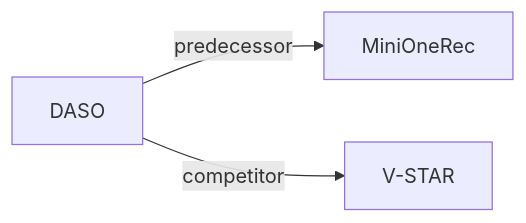
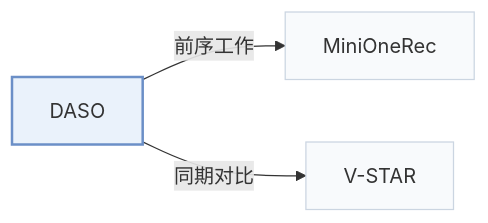
Before and after one commit to Galaxy-ghost/Awesome-SID-Generative-Rec: the second of 2 diagrams in pages/zh/papers/daso.md, drawn with Mermaid. The commit also changed other lines of this file and 649 other files, not shown here.

Commit message:
writer-05: also tags and modality index (schema, check, build, visuals); summary field removed; calibration data for 12 papers

````diff
--- a/pages/zh/papers/daso.md
+++ b/pages/zh/papers/daso.md
@@ -68,6 +74,10 @@
 ```mermaid
 flowchart LR
     P["DASO"]
-    P -->|predecessor| A["MiniOneRec"]
-    P -->|competitor| B["V-STAR"]
+    P -->|"前序工作"| A["MiniOneRec"]
+    P -->|"同期对比"| B["V-STAR"]
+    classDef main fill:#eaf2fb,stroke:#6b8fc7,stroke-width:2px
+    classDef peer fill:#f8fafc,stroke:#cbd5e1
+    class P main
+    class A,B peer
 ```
````
